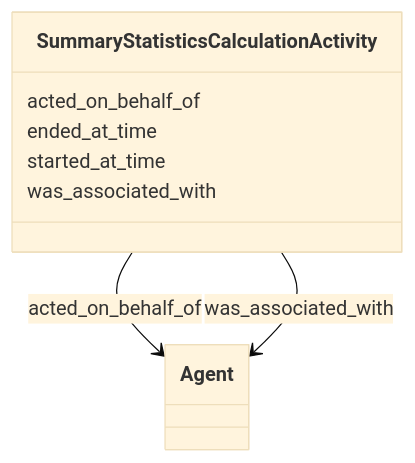
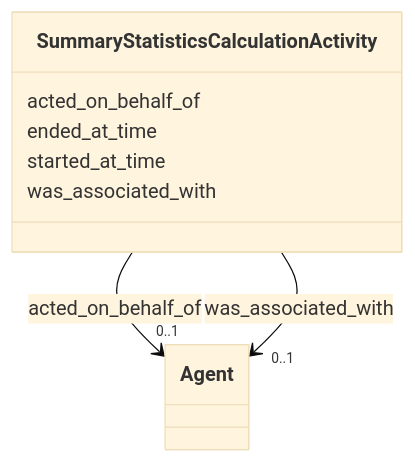
Before and after one commit to INCATools/ontology-access-kit: the diagram in summary-statistics/SummaryStatisticsCalculationActivity.md, drawn with Mermaid (base theme). The commit also changed other lines of this file and 3329 other files, not shown here.

````diff
--- a/summary-statistics/SummaryStatisticsCalculationActivity.md
+++ b/summary-statistics/SummaryStatisticsCalculationActivity.md
@@ -17,17 +19,28 @@
 ```{mermaid}
  classDiagram
     class SummaryStatisticsCalculationActivity
+    click SummaryStatisticsCalculationActivity href "../SummaryStatisticsCalculationActivity"
       SummaryStatisticsCalculationActivity : acted_on_behalf_of
         
-          SummaryStatisticsCalculationActivity --> Agent : acted_on_behalf_of
+          
+    
+    
+    SummaryStatisticsCalculationActivity --> "0..1" Agent : acted_on_behalf_of
+    click Agent href "../Agent"
+
         
       SummaryStatisticsCalculationActivity : ended_at_time
         
       SummaryStatisticsCalculationActivity : started_at_time
         
       SummaryStatisticsCalculationActivity : was_associated_with
         
-          SummaryStatisticsCalculationActivity --> Agent : was_associated_with
+          
+    
+    
+    SummaryStatisticsCalculationActivity --> "0..1" Agent : was_associated_with
+    click Agent href "../Agent"
+
         
       
 ```
````
